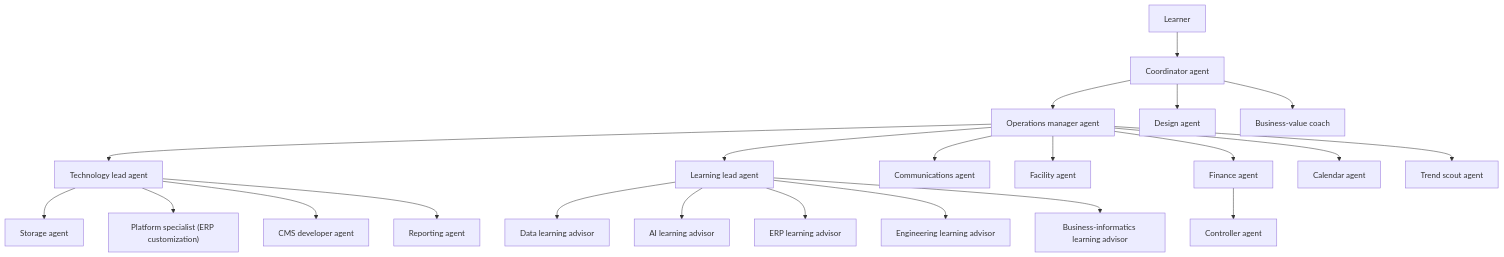
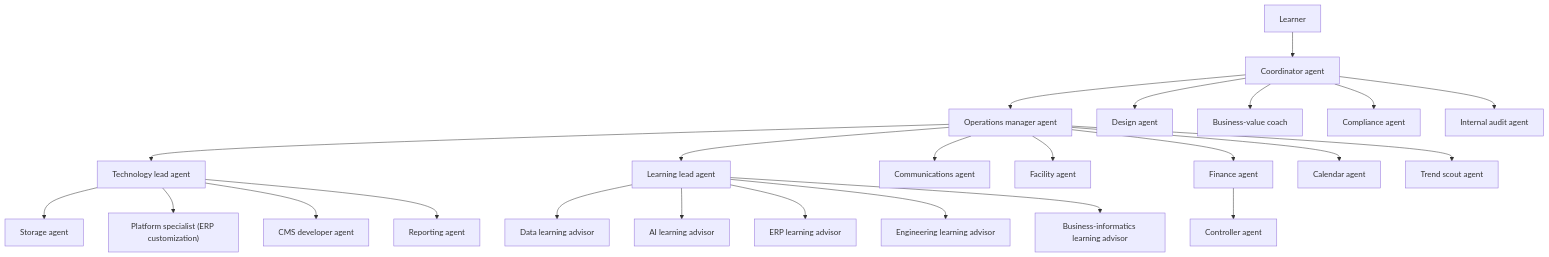
The diagram in continuing-education/ai-agents/example-multi-agent-setup.md (kuettel-labs/business-informatics), drawn with Mermaid before and after one commit. The commit also changed other lines of this file, not shown here.

Commit message:
docs: add compliance and internal audit roles to example multi-agent setup

````diff
--- a/continuing-education/ai-agents/example-multi-agent-setup.md
+++ b/continuing-education/ai-agents/example-multi-agent-setup.md
@@ -90,47 +93,51 @@
 ```mermaid
 flowchart TD
   L["Learner"]
   COS["Coordinator agent"]
   OPS["Operations manager agent"]
   BD["Design agent"]
   BVC["Business-value coach"]
+  CMP["Compliance agent"]
+  IA["Internal audit agent"]
   TL["Technology lead agent"]
   PDM["Learning lead agent"]
   CES["Communications agent"]
   FM["Facility agent"]
   FIN["Finance agent"]
   CAL["Calendar agent"]
   TR["Trend scout agent"]
   PE["Storage agent"]
   OD["Platform specialist (ERP customization)"]
   JO["CMS developer agent"]
   DA["Reporting agent"]
   FC["Controller agent"]
   DCA["Data learning advisor"]
   AIA["AI learning advisor"]
   ERP["ERP learning advisor"]
   AIE["Engineering learning advisor"]
   BTA["Business-informatics learning advisor"]
 
   L --> COS
   COS --> OPS
   COS --> BD
   COS --> BVC
+  COS --> CMP
+  COS --> IA
   OPS --> TL
   OPS --> PDM
   OPS --> CES
   OPS --> FM
   OPS --> FIN
   OPS --> CAL
   OPS --> TR
   TL --> PE
   TL --> OD
   TL --> JO
   TL --> DA
   FIN --> FC
   PDM --> DCA
   PDM --> AIA
   PDM --> ERP
   PDM --> AIE
   PDM --> BTA
 ```
````
